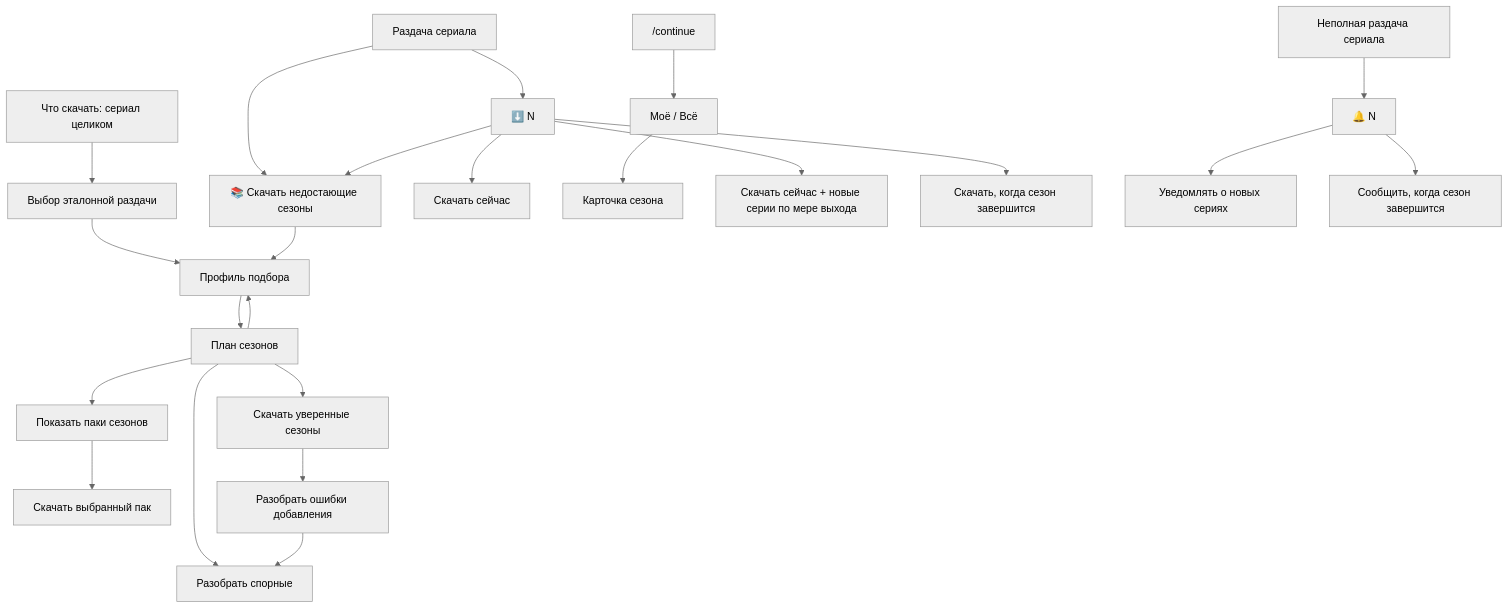
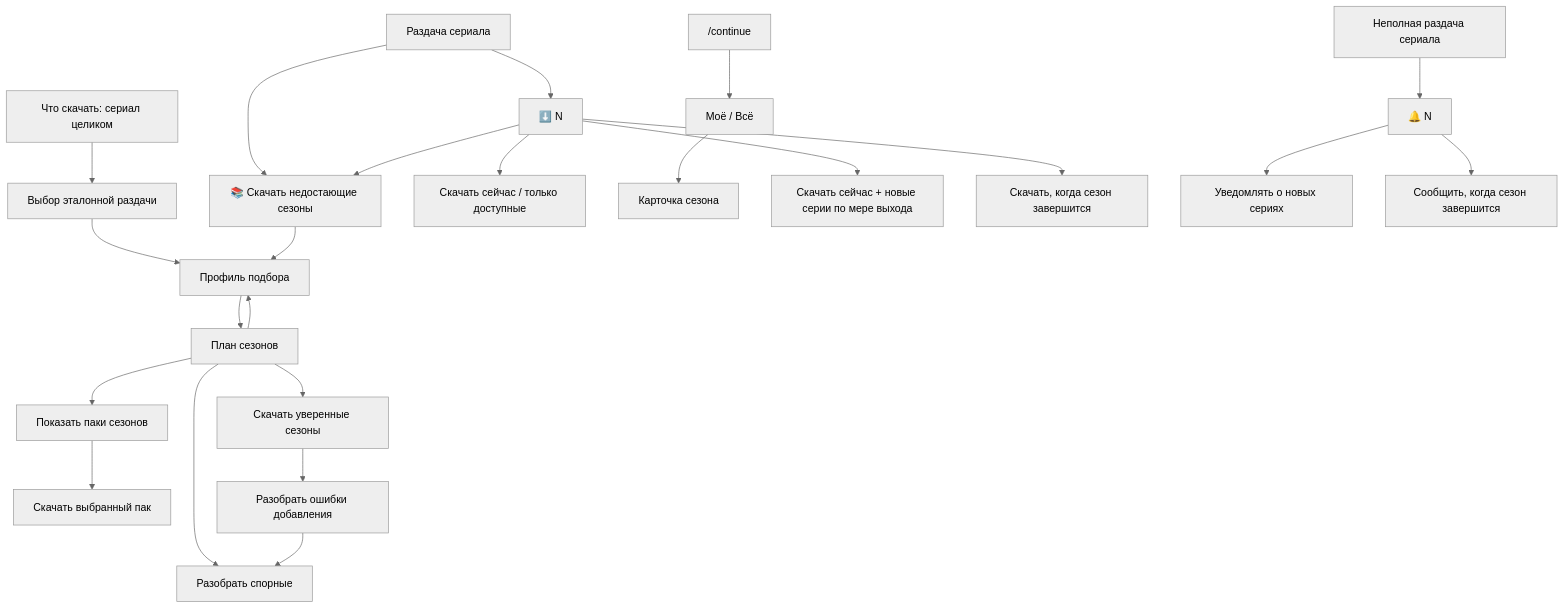
The second of 3 diagrams in README.md (KiMorev/tg-torrent-bot), drawn with Mermaid (neutral theme) before and after one commit. The commit also changed other lines of this file and 15 other files, not shown here.

````diff
--- a/README.md
+++ b/README.md
@@ -101,25 +114,25 @@
 ```mermaid
 flowchart TD
     search_settings["Что скачать: сериал целиком"] --> reference["Выбор эталонной раздачи"]
     reference --> profile
     result["Раздача сериала"] --> download["⬇️ N"]
     result --> bulk["📚 Скачать недостающие сезоны"]
     partial["Неполная раздача сериала"] --> notify["🔔 N"]
-    download --> now["Скачать сейчас"]
+    download --> now["Скачать сейчас / только доступные"]
     download --> bulk
     continue["/continue"] --> continue_list["Моё / Всё"]
     continue_list --> continue_detail["Карточка сезона"]
     bulk --> profile["Профиль подбора"]
     profile --> plan["План сезонов"]
     plan --> profile
     plan --> confident["Скачать уверенные сезоны"]
     plan --> review["Разобрать спорные"]
     plan --> packs["Показать паки сезонов"]
     packs --> pack_download["Скачать выбранный пак"]
     confident --> retry["Разобрать ошибки добавления"]
     retry --> review
     download --> now_updates["Скачать сейчас + новые серии по мере выхода"]
     download --> wait_full["Скачать, когда сезон завершится"]
     notify --> each["Уведомлять о новых сериях"]
     notify --> final["Сообщить, когда сезон завершится"]
 ```
````
